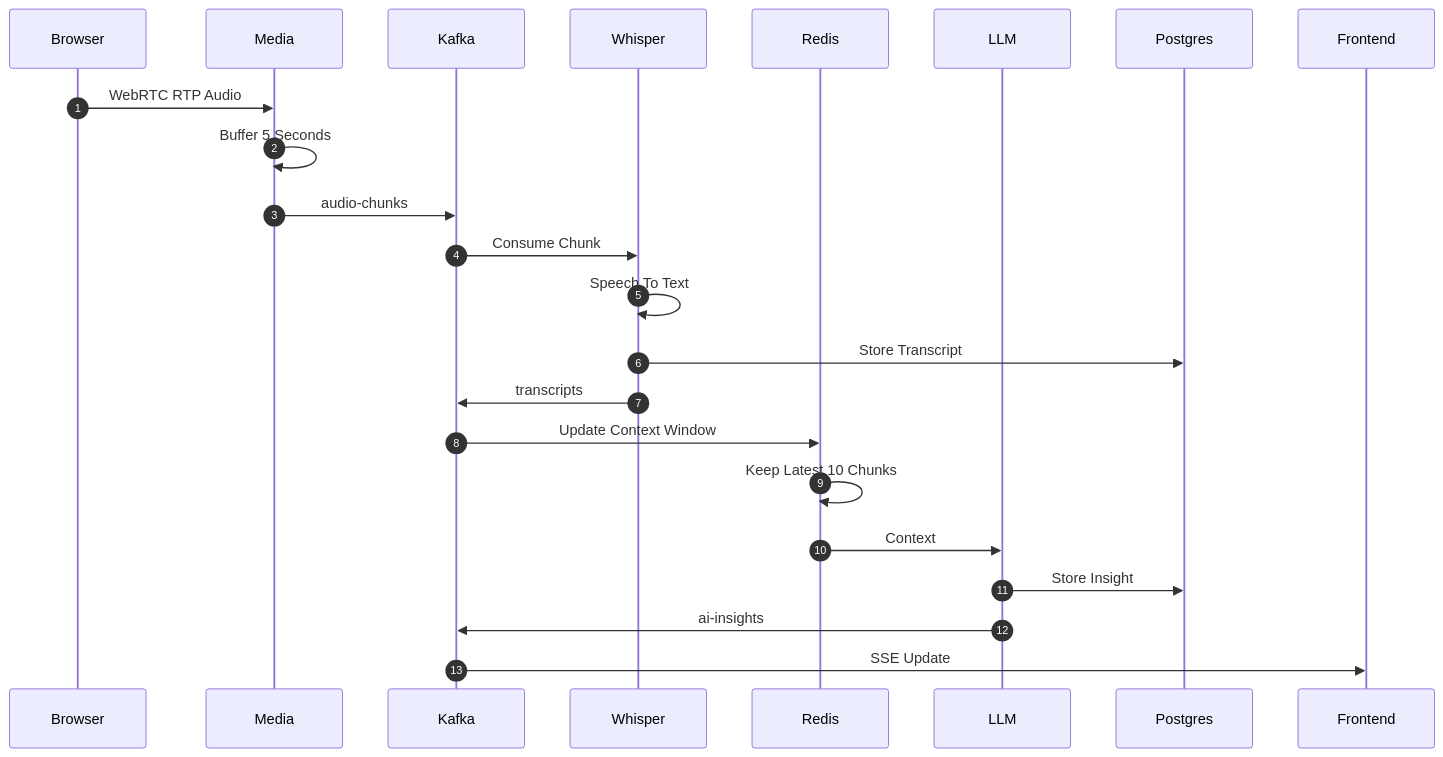
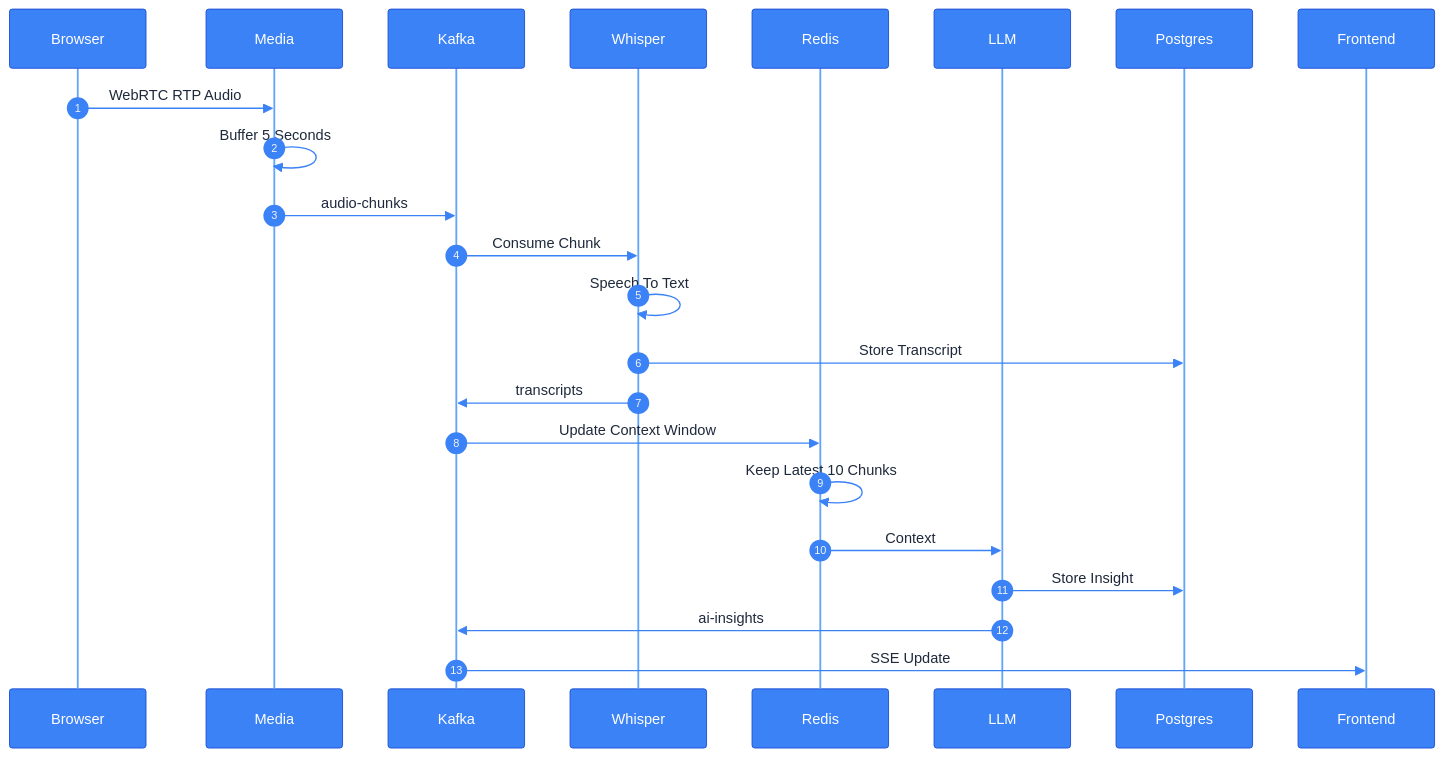
The sixth of 7 diagrams in README.md (madhusudhan890/media-intelligence-platform), drawn with Mermaid before and after one commit. The commit also changed other lines of this file, not shown here.

````diff
--- a/README.md
+++ b/README.md
@@ -212,40 +273,57 @@
 ```mermaid
+---
+config:
+  theme: base
+  themeVariables:
+    actorBkg: '#3b82f6'
+    actorBorder: '#1d4ed8'
+    actorTextColor: '#ffffff'
+    actorLineColor: '#60a5fa'
+    signalColor: '#3b82f6'
+    signalTextColor: '#1e293b'
+    labelBoxBkgColor: '#f1f5f9'
+    labelBoxBorderColor: '#cbd5e1'
+    labelTextColor: '#0f172a'
+    noteBkgColor: '#fef08a'
+    noteBorderColor: '#ca8a04'
+    noteTextColor: '#854d0e'
+---
 sequenceDiagram
 
 autonumber
 
 participant Browser
 participant Media
 participant Kafka
 participant Whisper
 participant Redis
 participant LLM
 participant Postgres
 participant Frontend
 
 Browser->>Media: WebRTC RTP Audio
 
 Media->>Media: Buffer 5 Seconds
 
 Media->>Kafka: audio-chunks
 
 Kafka->>Whisper: Consume Chunk
 
 Whisper->>Whisper: Speech To Text
 
 Whisper->>Postgres: Store Transcript
 
 Whisper->>Kafka: transcripts
 
 Kafka->>Redis: Update Context Window
 
 Redis->>Redis: Keep Latest 10 Chunks
 
 Redis->>LLM: Context
 
 LLM->>Postgres: Store Insight
 
 LLM->>Kafka: ai-insights
 
 Kafka->>Frontend: SSE Update
 ```
````
